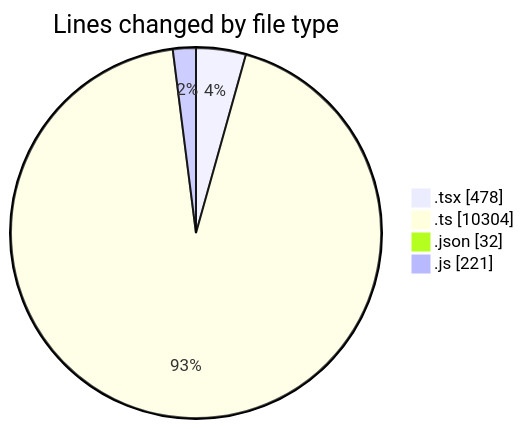
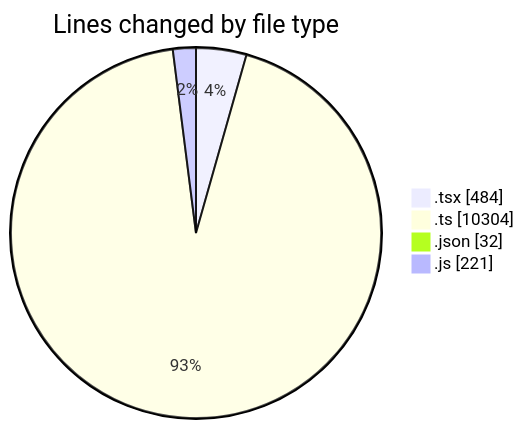
One commit to momahboobian/code-tracking changed the first of 2 diagrams in 2026-07-22/cda/README.md. Above: the diagram before and after it, drawn with Mermaid. The commit also changed other lines of this file and 1 other file, not shown here.

````diff
--- a/2026-07-22/cda/README.md
+++ b/2026-07-22/cda/README.md
@@ -29,8 +29,8 @@
 ```mermaid
 pie showData
 title Lines changed by file type
-".tsx" : 478
+".tsx" : 484
 ".ts" : 10304
 ".json" : 32
 ".js" : 221
 ```
````
